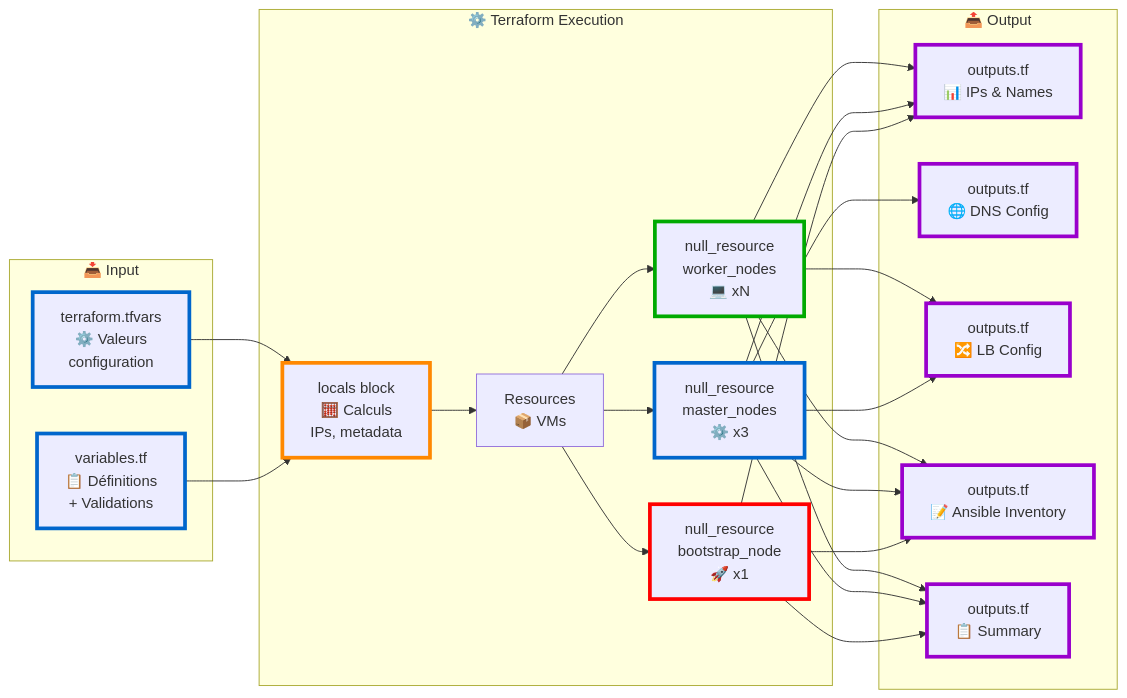
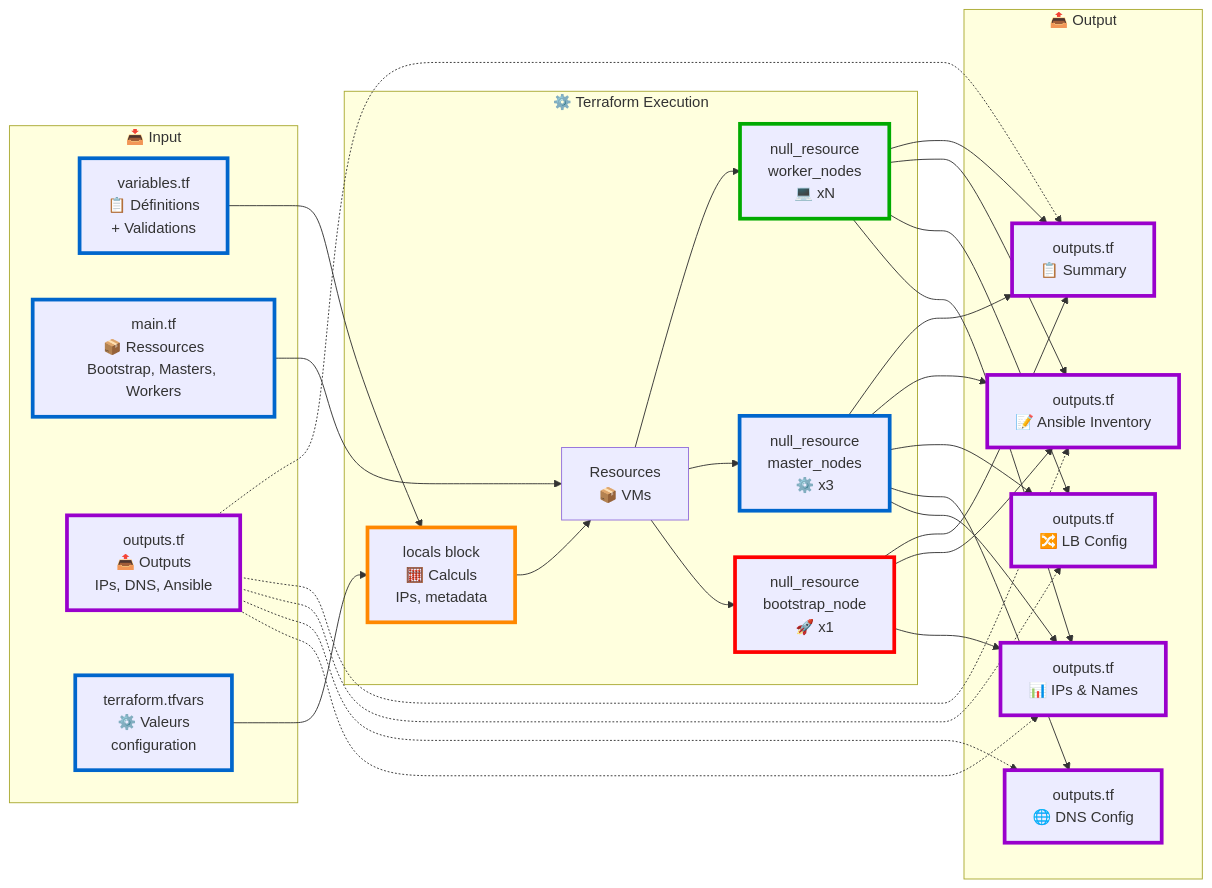
The fifth of 8 diagrams in DIAGRAMS_MERMAID.md (Z3ROX-lab/gtt-terraform-pour-openshift-UPI), drawn with Mermaid before and after one commit. The commit also changed other lines of this file, not shown here.

First line of the commit message:
Amélioration diagrammes Mermaid: ajout outils natifs OpenShift + SecOps

````diff
--- a/DIAGRAMS_MERMAID.md
+++ b/DIAGRAMS_MERMAID.md
@@ -294,62 +294,73 @@
 ```mermaid
 graph LR
     subgraph Input["📥 Input"]
         VarFile[variables.tf<br/>📋 Définitions<br/>+ Validations]
+        MainFile[main.tf<br/>📦 Ressources<br/>Bootstrap, Masters, Workers]
+        OutFile[outputs.tf<br/>📤 Outputs<br/>IPs, DNS, Ansible]
         TFVars[terraform.tfvars<br/>⚙️ Valeurs<br/>configuration]
     end
 
     subgraph Execution["⚙️ Terraform Execution"]
         Locals[locals block<br/>🧮 Calculs<br/>IPs, metadata]
 
         Resources[Resources<br/>📦 VMs]
 
         Bootstrap[null_resource<br/>bootstrap_node<br/>🚀 x1]
         Masters[null_resource<br/>master_nodes<br/>⚙️ x3]
         Workers[null_resource<br/>worker_nodes<br/>💻 xN]
 
         Resources --> Bootstrap
         Resources --> Masters
         Resources --> Workers
     end
 
     subgraph Output["📤 Output"]
         OutIPs[outputs.tf<br/>📊 IPs & Names]
         OutDNS[outputs.tf<br/>🌐 DNS Config]
         OutLB[outputs.tf<br/>🔀 LB Config]
         OutAnsible[outputs.tf<br/>📝 Ansible Inventory]
         OutSummary[outputs.tf<br/>📋 Summary]
     end
 
     VarFile --> Locals
     TFVars --> Locals
+    MainFile --> Resources
     Locals --> Resources
 
     Bootstrap --> OutIPs
     Masters --> OutIPs
     Workers --> OutIPs
 
     Masters --> OutDNS
 
     Masters --> OutLB
     Workers --> OutLB
 
     Bootstrap --> OutAnsible
     Masters --> OutAnsible
     Workers --> OutAnsible
 
     Bootstrap --> OutSummary
     Masters --> OutSummary
     Workers --> OutSummary
 
+    OutFile -.-> OutIPs
+    OutFile -.-> OutDNS
+    OutFile -.-> OutLB
+    OutFile -.-> OutAnsible
+    OutFile -.-> OutSummary
+
     style VarFile stroke:#0066CC,stroke-width:4px
+    style MainFile stroke:#0066CC,stroke-width:4px
+    style OutFile stroke:#9900CC,stroke-width:4px
     style TFVars stroke:#0066CC,stroke-width:4px
     style Locals stroke:#FF8800,stroke-width:4px
     style Bootstrap stroke:#FF0000,stroke-width:4px
     style Masters stroke:#0066CC,stroke-width:4px
     style Workers stroke:#00AA00,stroke-width:4px
     style OutIPs stroke:#9900CC,stroke-width:4px
     style OutDNS stroke:#9900CC,stroke-width:4px
     style OutLB stroke:#9900CC,stroke-width:4px
     style OutAnsible stroke:#9900CC,stroke-width:4px
     style OutSummary stroke:#9900CC,stroke-width:4px
 ```
````
